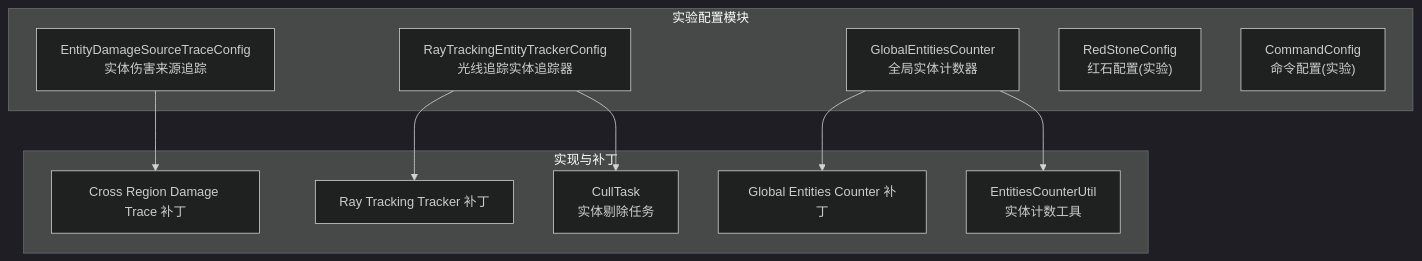
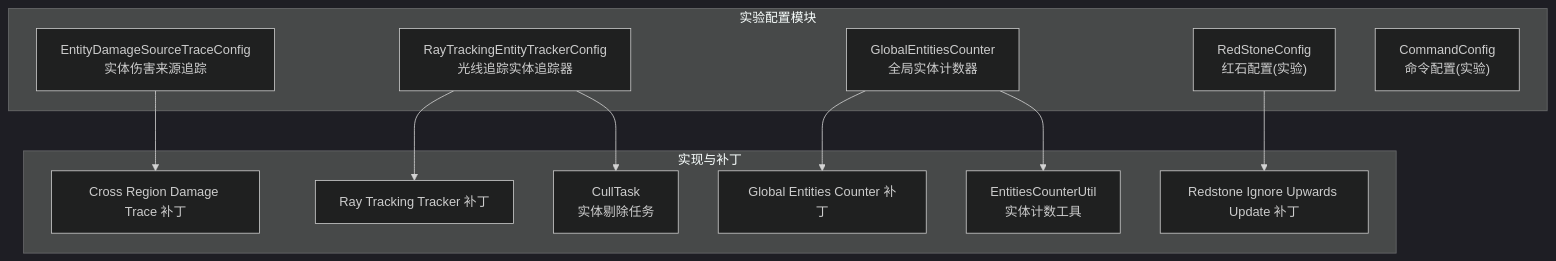
Before and after one commit to xucy10/Lophine1.21.11: the first of 6 diagrams in .qoder/repowiki/zh/content/配置系统/实验配置.md, drawn with Mermaid (dark theme). The commit also changed other lines of this file and 54 other files, not shown here.

````diff
--- a/.qoder/repowiki/zh/content/配置系统/实验配置.md
+++ b/.qoder/repowiki/zh/content/配置系统/实验配置.md
@@ -41,22 +42,24 @@
 ```mermaid
 graph TB
 subgraph "实验配置模块"
 E1["EntityDamageSourceTraceConfig<br/>实体伤害来源追踪"]
 E2["RayTrackingEntityTrackerConfig<br/>光线追踪实体追踪器"]
 E3["GlobalEntitiesCounter<br/>全局实体计数器"]
 E4["RedStoneConfig<br/>红石配置(实验)"]
 E5["CommandConfig<br/>命令配置(实验)"]
 end
 subgraph "实现与补丁"
 P1["Cross Region Damage Trace 补丁"]
 P2["Ray Tracking Tracker 补丁"]
 P3["Global Entities Counter 补丁"]
+P4["Redstone Ignore Upwards Update 补丁"]
 U1["CullTask<br/>实体剔除任务"]
 U2["EntitiesCounterUtil<br/>实体计数工具"]
 end
 E1 --> P1
 E2 --> P2
 E3 --> P3
+E4 --> P4
 E2 --> U1
 E3 --> U2
 ```
````
